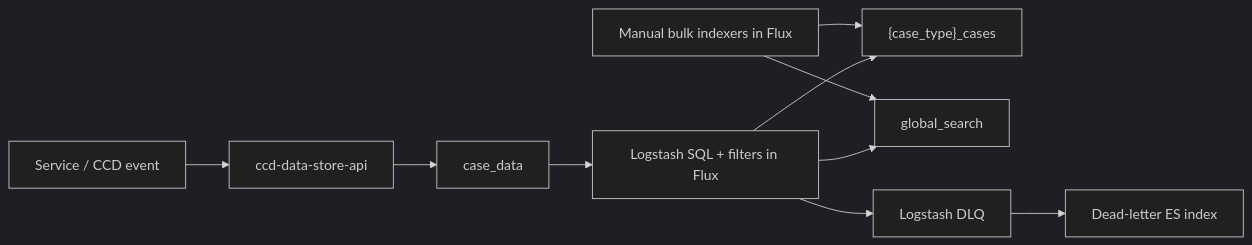
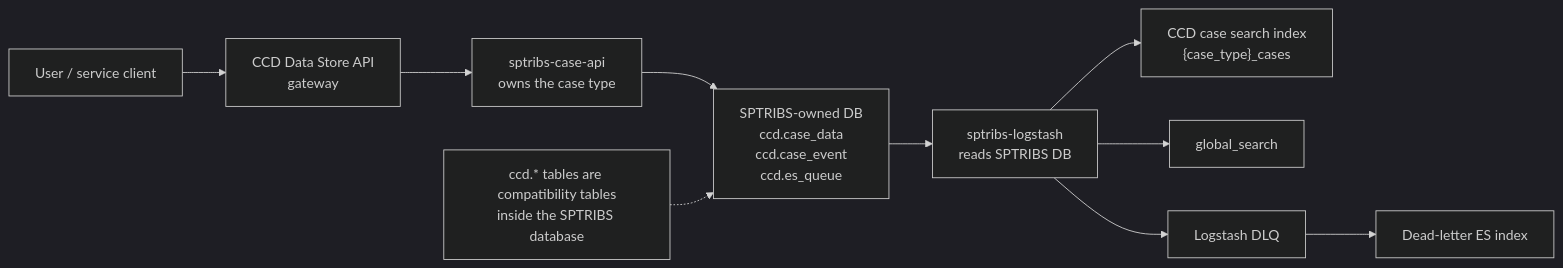
One commit to hmcts/dtsse-ccd-config-generator changed the first of 3 diagrams in docs/es-indexing.md. Above: the diagram before and after it, drawn with Mermaid (dark theme). The commit also changed other lines of this file, not shown here.

````diff
--- a/docs/es-indexing.md
+++ b/docs/es-indexing.md
@@ -14,13 +12,14 @@
 ```mermaid
 flowchart LR
-  Service["Service / CCD event"] --> CCD["ccd-data-store-api"]
-  CCD --> DB["case_data"]
-  DB --> LS["Logstash SQL + filters in Flux"]
-  LS --> CaseIndex["{case_type}_cases"]
-  LS --> GlobalSearch["global_search"]
-  LS --> DLQ["Logstash DLQ"]
+  User["User / service client"] --> CCD["CCD Data Store API<br/>gateway"]
+  CCD --> SPTRIBS["sptribs-case-api<br/>owns the case type"]
+  SPTRIBS --> SPTRIBSDB["SPTRIBS-owned DB<br/>ccd.case_data<br/>ccd.case_event<br/>ccd.es_queue"]
+
+  Compat["ccd.* tables are compatibility tables<br/>inside the SPTRIBS database"] -.-> SPTRIBSDB
+
+  SPTRIBSDB --> Logstash["sptribs-logstash<br/>reads SPTRIBS DB"]
+  Logstash --> CaseIndex["CCD case search index<br/>{case_type}_cases"]
+  Logstash --> GlobalSearch["global_search"]
+  Logstash --> DLQ["Logstash DLQ"]
   DLQ --> DeadIndex["Dead-letter ES index"]
-
-  Bulk["Manual bulk indexers in Flux"] --> CaseIndex
-  Bulk --> GlobalSearch
 ```
````
